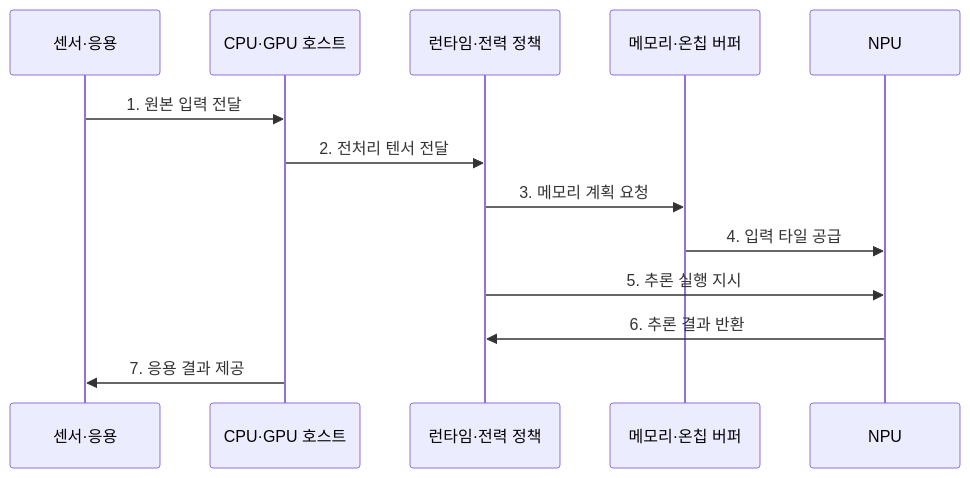
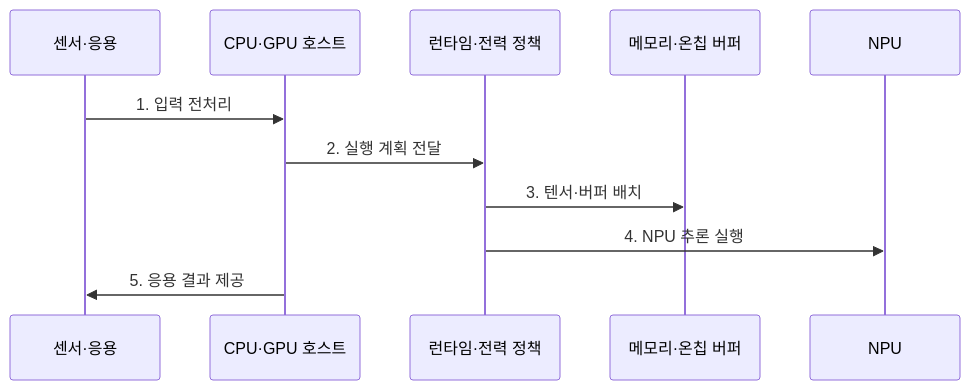
One commit to agnusdei1207/knowledge-base changed the second of 2 diagrams in src/content/docs/notes/02-hardware/084_soc_on_device_ai_chip.md. Above: the diagram before and after it, drawn with Mermaid. The commit also changed other lines of this file and 86 other files, not shown here.

````diff
--- a/src/content/docs/notes/02-hardware/084_soc_on_device_ai_chip.md
+++ b/src/content/docs/notes/02-hardware/084_soc_on_device_ai_chip.md
@@ -90,16 +92,14 @@
 ```mermaid
 sequenceDiagram
     participant I as 센서·응용
     participant H as CPU·GPU 호스트
     participant R as 런타임·전력 정책
     participant M as 메모리·온칩 버퍼
     participant N as NPU
 
-    I->>H: 1. 원본 입력 전달
-    H->>R: 2. 전처리 텐서 전달
-    R->>M: 3. 메모리 계획 요청
-    M->>N: 4. 입력 타일 공급
-    R->>N: 5. 추론 실행 지시
-    N->>R: 6. 추론 결과 반환
-    H->>I: 7. 응용 결과 제공
+    I->>H: 1. 입력 전처리
+    H->>R: 2. 실행 계획 전달
+    R->>M: 3. 텐서·버퍼 배치
+    R->>N: 4. NPU 추론 실행
+    H->>I: 5. 응용 결과 제공
 ```
````
